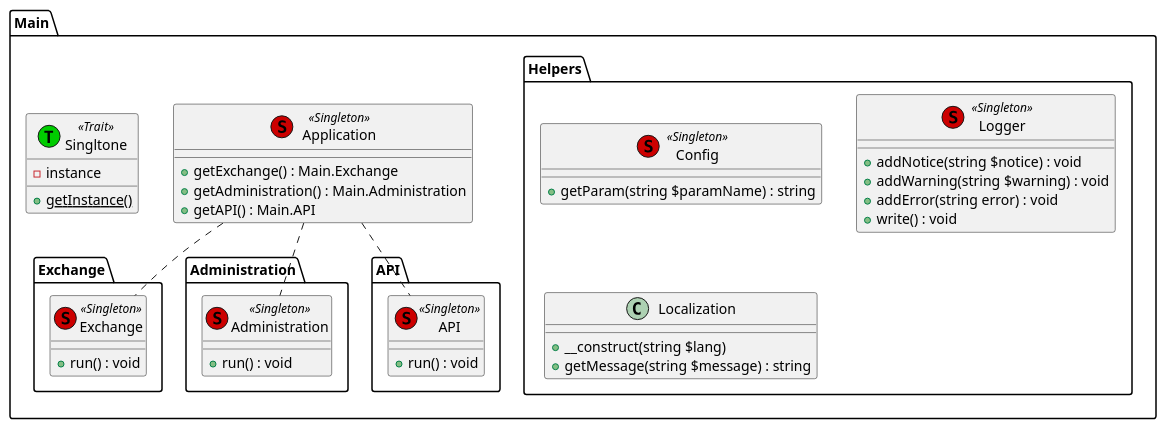
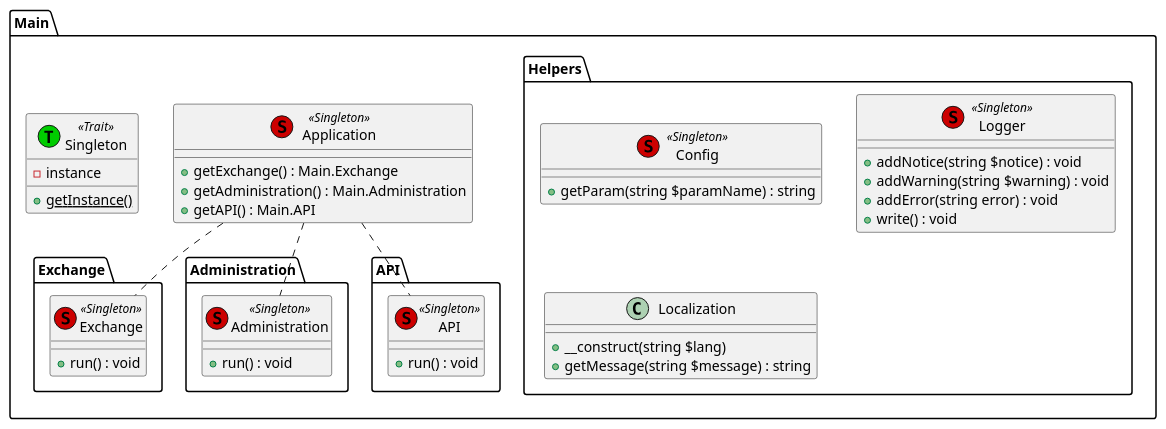
One commit to HvorostenkoNV/Exchanges changed the diagram in main.puml. Above: the diagram before and after it, drawn with PlantUML. The commit also changed 33 other files, not shown here.

```diff
--- a/main.puml
+++ b/main.puml
@@ -1,56 +1,56 @@
 @startuml
 
 namespace Main{
     class Application << (S,#CC0000) Singleton >>{
         +getExchange() : Main.Exchange
         +getAdministration() : Main.Administration
         +getAPI() : Main.API
     }
 
-    class Singltone << (T,#00CC00) Trait >>{
+    class Singleton << (T,#00CC00) Trait >>{
         -instance
         +{static}getInstance()
     }
 }
 
 namespace Main.Exchange{
     class Exchange << (S,#CC0000) Singleton >>{
         +run() : void
     }
 }
 
 namespace Main.Administration{
     class Administration << (S,#CC0000) Singleton >>{
         +run() : void
     }
 }
 
 namespace Main.API{
     class API << (S,#CC0000) Singleton >>{
         +run() : void
     }
 }
 
 namespace Main.Helpers{
     class Config << (S,#CC0000) Singleton >>{
         +getParam(string $paramName) : string
     }
 
     class Logger << (S,#CC0000) Singleton >>{
         +addNotice(string $notice) : void
         +addWarning(string $warning) : void
         +addError(string error) : void
         +write() : void
     }
 
     class Localization{
         +__construct(string $lang)
         +getMessage(string $message) : string
     }
 }
 
 Main.Application .. Main.Exchange.Exchange
 Main.Application .. Main.Administration.Administration
 Main.Application .. Main.API.API
 
 @enduml
```
